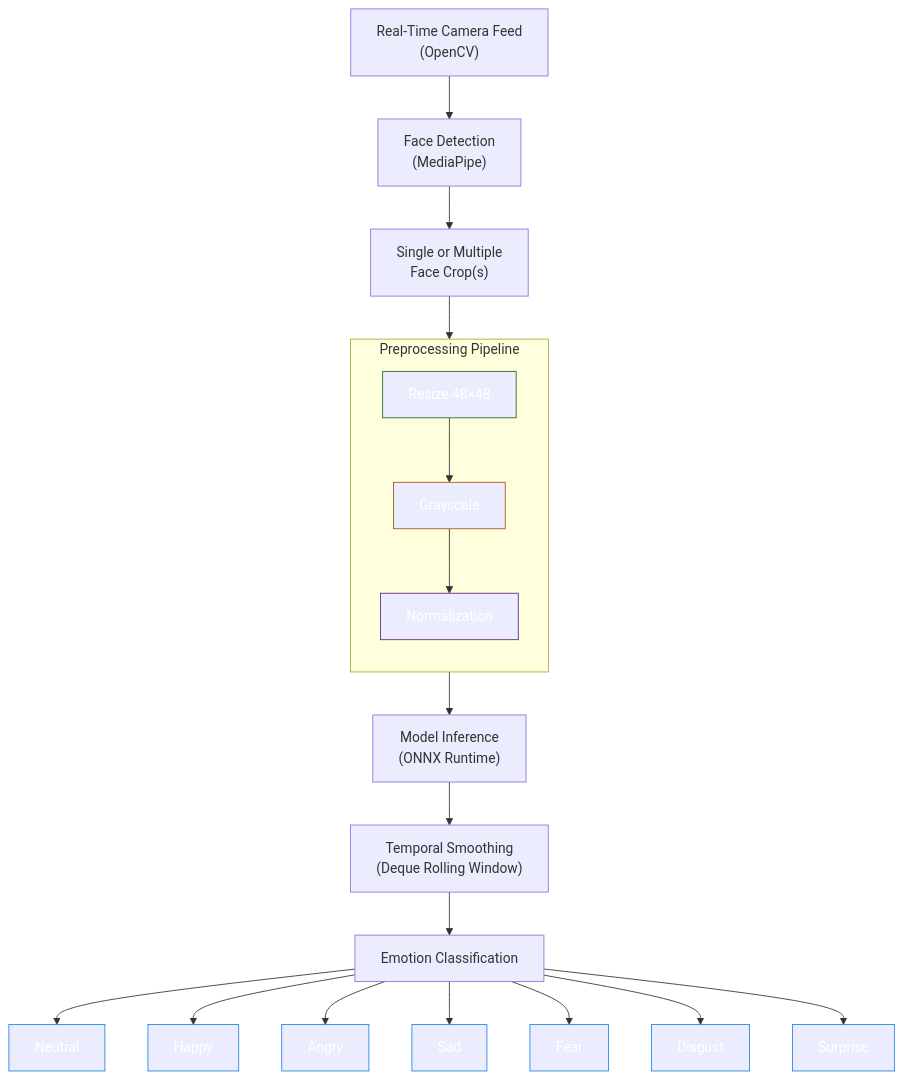
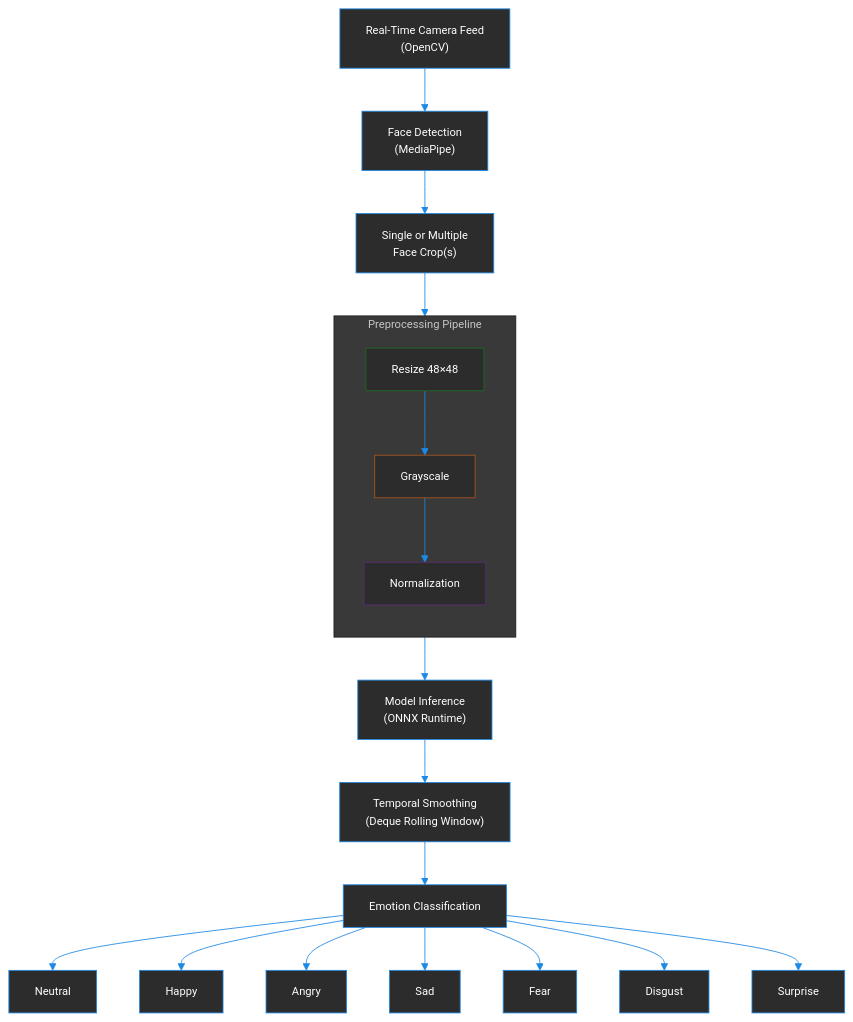
The diagram in README.md (NkL-M/Real-Time-Facial-Emotion-Recognition), drawn with Mermaid before and after one commit. The commit also changed other lines of this file, not shown here.

````diff
--- a/README.md
+++ b/README.md
@@ -147,49 +150,48 @@
 ```mermaid
 %%{init: {'theme':'base','themeVariables':{
-  'background':'#1e1e1e',          /* Dark charcoal */
   'primaryColor':'#2c2c2c',
-  'primaryTextColor':'#e0f7fa',
-  'primaryBorderColor':'#00bcd4',
-  'lineColor':'#26c6da',
+  'primaryTextColor':'#fdfdfd',
+  'primaryBorderColor':'#1e88e5',
+  'lineColor':'#1e88e5',
   'fontFamily':'JetBrains Mono',
-  'fontSize':'12px'
+  'fontSize':'13px'
 }}}%%
 flowchart TB
   P0["Real-Time Camera Feed
   (OpenCV)"]
   P0 --> P1["Face Detection
   (MediaPipe)"]
   P1 --> P2["Single or Multiple
   Face Crop(s)"]
   P2 --> PRE
   subgraph PRE["Preprocessing Pipeline"]
   direction TB
   P4["Resize 48×48"]
   P4 --> P5["Grayscale"]
   P5 --> P6["Normalization"]
 end
 style P4 stroke:#1e6a22, color:#ffffff
 style P5 stroke:#a8551e, color:#ffffff
 style P6 stroke:#5b2a74, color:#ffffff
 
   P6 --> P7["Model Inference
   (ONNX Runtime)"]
   P7 --> P8["Temporal Smoothing
   (Deque Rolling Window)"]
   P8 --> E["Emotion Classification"]
   E --> N["Neutral"]
   E --> H["Happy"]
   E --> A["Angry"]
   E --> S["Sad"]
   E --> F["Fear"]
   E --> D["Disgust"]
   E --> SU["Surprise"]
 
 style N stroke:#1e88e5, color:#ffffff
 style H stroke:#1e88e5, color:#ffffff
 style A stroke:#1e88e5, color:#ffffff
 style S stroke:#1e88e5, color:#ffffff
 style F stroke:#1e88e5, color:#ffffff
 style D stroke:#1e88e5, color:#ffffff
 style SU stroke:#1e88e5, color:#ffffff
 ```
````
